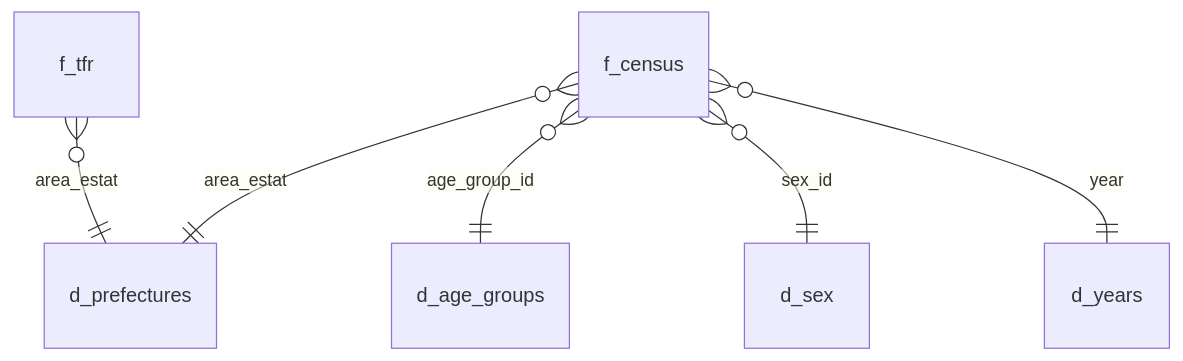
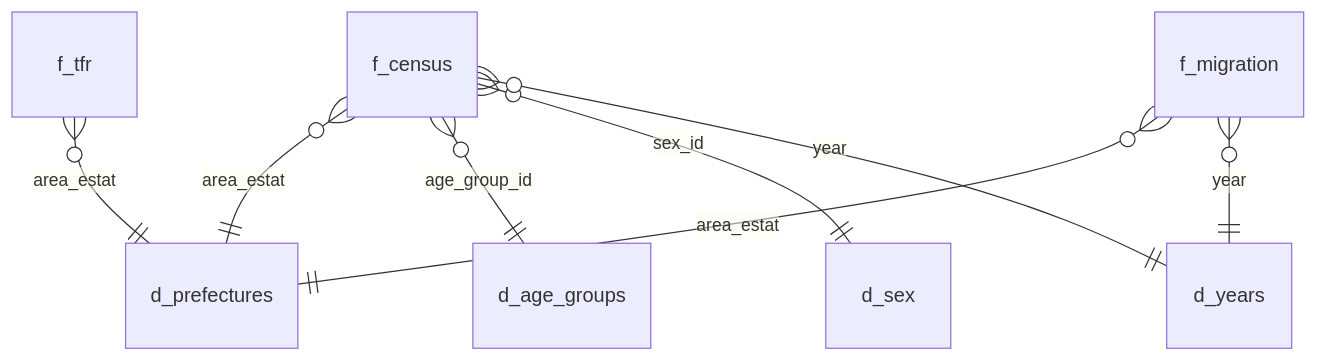
One commit to HelioCentrik/japan_population changed the diagram in docs/Data Dictionary.md. Above: the diagram before and after it, drawn with Mermaid. The commit also changed other lines of this file, not shown here.

Commit message:
docs: add migration fact info

````diff
--- a/docs/Data Dictionary.md
+++ b/docs/Data Dictionary.md
@@ -9,8 +9,10 @@
 ```mermaid
 erDiagram
-    f_census }o--|| d_prefectures : "area_estat"
-    f_census }o--|| d_age_groups  : "age_group_id"
-    f_census }o--|| d_sex         : "sex_id"
-    f_census }o--|| d_years       : "year"
-    f_tfr    }o--|| d_prefectures : "area_estat"
+    f_census    }o--|| d_prefectures : "area_estat"
+    f_census    }o--|| d_age_groups  : "age_group_id"
+    f_census    }o--|| d_sex         : "sex_id"
+    f_census    }o--|| d_years       : "year"
+    f_tfr       }o--|| d_prefectures : "area_estat"
+    f_migration }o--|| d_prefectures : "area_estat"
+    f_migration }o--|| d_years       : "year"
 ```
````
